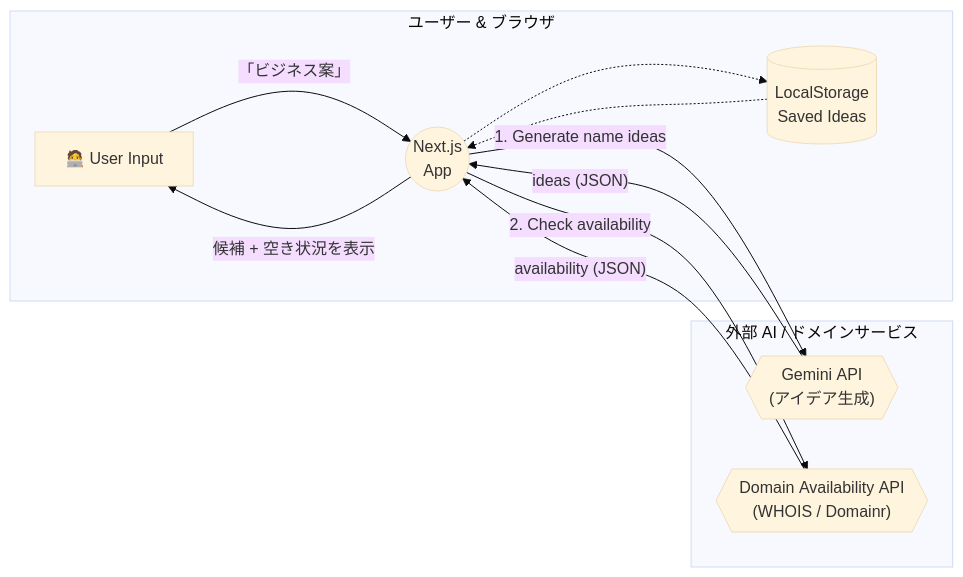
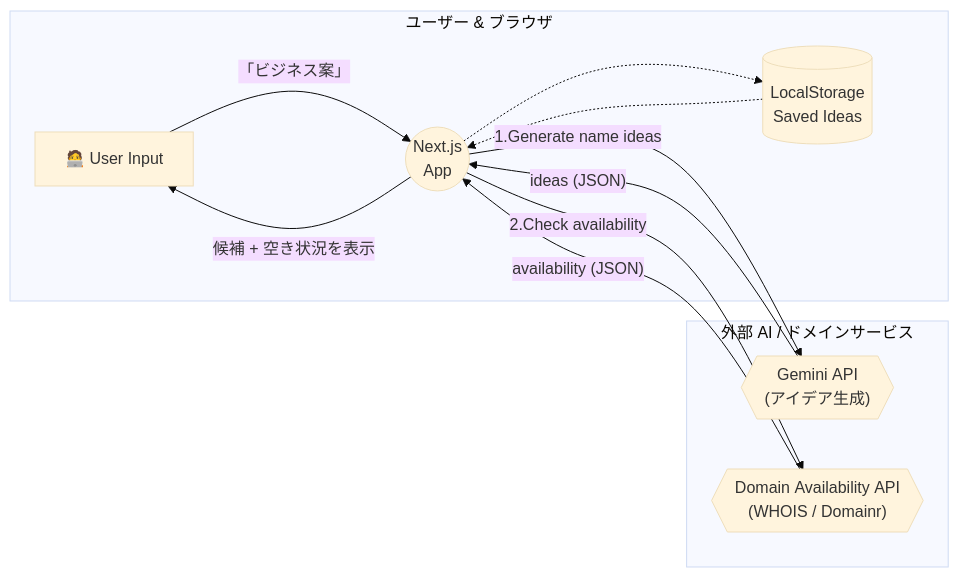
Before and after one commit to hsmt72k/introduction_to_domina: the diagram in README.md, drawn with Mermaid (base theme).

Commit message:
fixed mermaid diagram error

````diff
--- a/README.md
+++ b/README.md
@@ -101,28 +101,28 @@
 ```mermaid
 %% Domina – System Architecture (Simplified)
 
 flowchart LR
     %% ─── Client ───────────────────────
     subgraph Client["ユーザー & ブラウザ"]
         input[🧑‍💻 User Input]
         app((Next.js<br/>App))
         local[(LocalStorage<br/>Saved&nbsp;Ideas)]
 
         input -- 「ビジネス案」 --> app
         app   -.-> local
         local -.-> app
     end
 
     %% ─── External APIs ────────────────
     subgraph "外部 AI / ドメインサービス"
         genai{{"Gemini&nbsp;API<br/>(アイデア生成)"}}
         whois{{"Domain&nbsp;Availability&nbsp;API<br/>(WHOIS&nbsp;/&nbsp;Domainr)"}}
     end
 
     %% ─── Application Flow ─────────────
-    app   -- "1. Generate name ideas" --> genai
+    app   -- "1.Generate name ideas" --> genai
     genai -- "ideas (JSON)"           --> app
-    app   -- "2. Check availability"  --> whois
+    app   -- "2.Check availability"  --> whois
     whois -- "availability (JSON)"    --> app
     app   -->|候補 + 空き状況を表示| input
 ```
````
